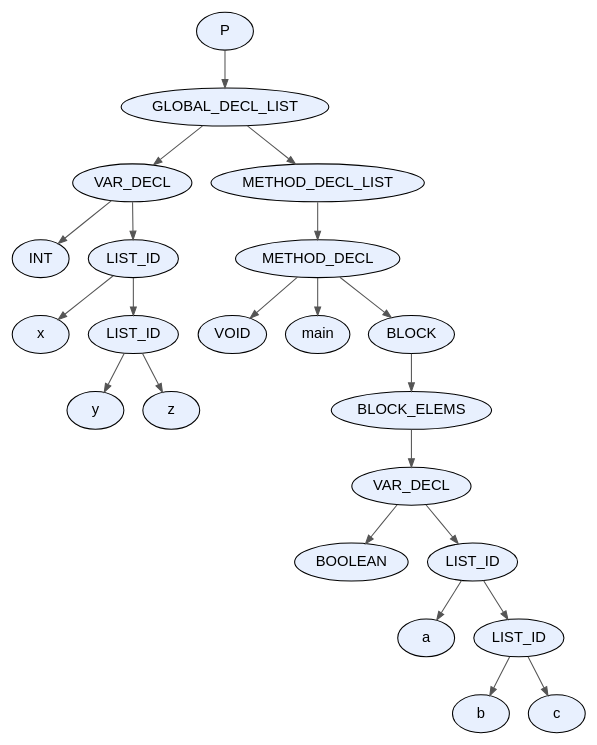
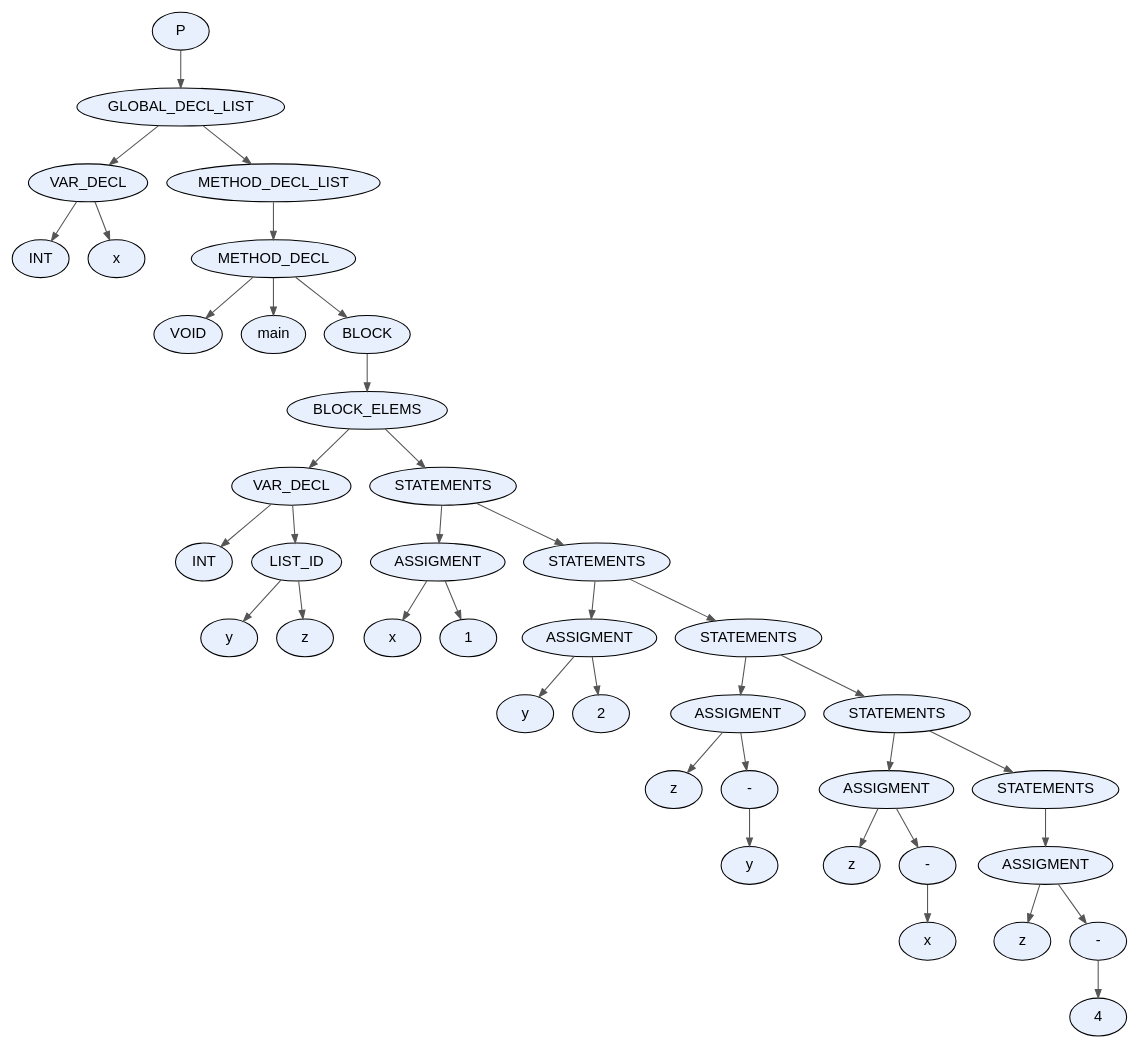
One commit to facundo-dario-loser/TDS2026 changed the diagram in proyecto/dot_files/test29.dot. Above: the diagram before and after it, drawn with Graphviz. The commit also changed 28 other files, not shown here.

```diff
--- a/proyecto/dot_files/test29.dot
+++ b/proyecto/dot_files/test29.dot
@@ -1,47 +1,81 @@
 digraph AST {
   node [fontname="Arial"];
   edge [arrowsize=0.8, color="#555555"];
-  "node_0x59dc0e296170" [label="P", style=filled, fillcolor="#E8F0FE", shape=ellipse, style="rounded,filled"];
-  "node_0x59dc0e296170" -> "node_0x59dc0e296120";
-  "node_0x59dc0e296120" [label="GLOBAL_DECL_LIST", style=filled, fillcolor="#E8F0FE", shape=ellipse, style="rounded,filled"];
-  "node_0x59dc0e296120" -> "node_0x59dc0e295bc0";
-  "node_0x59dc0e295bc0" [label="VAR_DECL", style=filled, fillcolor="#E8F0FE", shape=ellipse, style="rounded,filled"];
-  "node_0x59dc0e295bc0" -> "node_0x59dc0e295920";
-  "node_0x59dc0e295920" [label="INT", style=filled, fillcolor="#E8F0FE", shape=ellipse, style="rounded,filled"];
-  "node_0x59dc0e295bc0" -> "node_0x59dc0e295b70";
-  "node_0x59dc0e295b70" [label="LIST_ID", style=filled, fillcolor="#E8F0FE", shape=ellipse, style="rounded,filled"];
-  "node_0x59dc0e295b70" -> "node_0x59dc0e295b00";
-  "node_0x59dc0e295b00" [label="x", style=filled, fillcolor="#E8F0FE", shape=ellipse, style="rounded,filled"];
-  "node_0x59dc0e295b70" -> "node_0x59dc0e295ab0";
-  "node_0x59dc0e295ab0" [label="LIST_ID", style=filled, fillcolor="#E8F0FE", shape=ellipse, style="rounded,filled"];
-  "node_0x59dc0e295ab0" -> "node_0x59dc0e295a40";
-  "node_0x59dc0e295a40" [label="y", style=filled, fillcolor="#E8F0FE", shape=ellipse, style="rounded,filled"];
-  "node_0x59dc0e295ab0" -> "node_0x59dc0e2959d0";
-  "node_0x59dc0e2959d0" [label="z", style=filled, fillcolor="#E8F0FE", shape=ellipse, style="rounded,filled"];
-  "node_0x59dc0e296120" -> "node_0x59dc0e2960d0";
-  "node_0x59dc0e2960d0" [label="METHOD_DECL_LIST", style=filled, fillcolor="#E8F0FE", shape=ellipse, style="rounded,filled"];
-  "node_0x59dc0e2960d0" -> "node_0x59dc0e296080";
-  "node_0x59dc0e296080" [label="METHOD_DECL", style=filled, fillcolor="#E8F0FE", shape=ellipse, style="rounded,filled"];
-  "node_0x59dc0e296080" -> "node_0x59dc0e295fc0";
-  "node_0x59dc0e295fc0" [label="VOID", style=filled, fillcolor="#E8F0FE", shape=ellipse, style="rounded,filled"];
-  "node_0x59dc0e296080" -> "node_0x59dc0e296010";
-  "node_0x59dc0e296010" [label="main", style=filled, fillcolor="#E8F0FE", shape=ellipse, style="rounded,filled"];
-  "node_0x59dc0e296080" -> "node_0x59dc0e295f70";
-  "node_0x59dc0e295f70" [label="BLOCK", style=filled, fillcolor="#E8F0FE", shape=ellipse, style="rounded,filled"];
-  "node_0x59dc0e295f70" -> "node_0x59dc0e295f20";
-  "node_0x59dc0e295f20" [label="BLOCK_ELEMS", style=filled, fillcolor="#E8F0FE", shape=ellipse, style="rounded,filled"];
-  "node_0x59dc0e295f20" -> "node_0x59dc0e295ed0";
-  "node_0x59dc0e295ed0" [label="VAR_DECL", style=filled, fillcolor="#E8F0FE", shape=ellipse, style="rounded,filled"];
-  "node_0x59dc0e295ed0" -> "node_0x59dc0e295c30";
-  "node_0x59dc0e295c30" [label="BOOLEAN", style=filled, fillcolor="#E8F0FE", shape=ellipse, style="rounded,filled"];
-  "node_0x59dc0e295ed0" -> "node_0x59dc0e295e80";
-  "node_0x59dc0e295e80" [label="LIST_ID", style=filled, fillcolor="#E8F0FE", shape=ellipse, style="rounded,filled"];
-  "node_0x59dc0e295e80" -> "node_0x59dc0e295e10";
-  "node_0x59dc0e295e10" [label="a", style=filled, fillcolor="#E8F0FE", shape=ellipse, style="rounded,filled"];
-  "node_0x59dc0e295e80" -> "node_0x59dc0e295dc0";
-  "node_0x59dc0e295dc0" [label="LIST_ID", style=filled, fillcolor="#E8F0FE", shape=ellipse, style="rounded,filled"];
-  "node_0x59dc0e295dc0" -> "node_0x59dc0e295d50";
-  "node_0x59dc0e295d50" [label="b", style=filled, fillcolor="#E8F0FE", shape=ellipse, style="rounded,filled"];
-  "node_0x59dc0e295dc0" -> "node_0x59dc0e295ce0";
-  "node_0x59dc0e295ce0" [label="c", style=filled, fillcolor="#E8F0FE", shape=ellipse, style="rounded,filled"];
+  "node_0x623cb39d57c0" [label="P", style=filled, fillcolor="#E8F0FE", shape=ellipse, style="rounded,filled"];
+  "node_0x623cb39d57c0" -> "node_0x623cb39d5770";
+  "node_0x623cb39d5770" [label="GLOBAL_DECL_LIST", style=filled, fillcolor="#E8F0FE", shape=ellipse, style="rounded,filled"];
+  "node_0x623cb39d5770" -> "node_0x623cb39d4a00";
+  "node_0x623cb39d4a00" [label="VAR_DECL", style=filled, fillcolor="#E8F0FE", shape=ellipse, style="rounded,filled"];
+  "node_0x623cb39d4a00" -> "node_0x623cb39d4920";
+  "node_0x623cb39d4920" [label="INT", style=filled, fillcolor="#E8F0FE", shape=ellipse, style="rounded,filled"];
+  "node_0x623cb39d4a00" -> "node_0x623cb39d4990";
+  "node_0x623cb39d4990" [label="x", style=filled, fillcolor="#E8F0FE", shape=ellipse, style="rounded,filled"];
+  "node_0x623cb39d5770" -> "node_0x623cb39d5720";
+  "node_0x623cb39d5720" [label="METHOD_DECL_LIST", style=filled, fillcolor="#E8F0FE", shape=ellipse, style="rounded,filled"];
+  "node_0x623cb39d5720" -> "node_0x623cb39d56d0";
+  "node_0x623cb39d56d0" [label="METHOD_DECL", style=filled, fillcolor="#E8F0FE", shape=ellipse, style="rounded,filled"];
+  "node_0x623cb39d56d0" -> "node_0x623cb39d5610";
+  "node_0x623cb39d5610" [label="VOID", style=filled, fillcolor="#E8F0FE", shape=ellipse, style="rounded,filled"];
+  "node_0x623cb39d56d0" -> "node_0x623cb39d5660";
+  "node_0x623cb39d5660" [label="main", style=filled, fillcolor="#E8F0FE", shape=ellipse, style="rounded,filled"];
+  "node_0x623cb39d56d0" -> "node_0x623cb39d55c0";
+  "node_0x623cb39d55c0" [label="BLOCK", style=filled, fillcolor="#E8F0FE", shape=ellipse, style="rounded,filled"];
+  "node_0x623cb39d55c0" -> "node_0x623cb39d5570";
+  "node_0x623cb39d5570" [label="BLOCK_ELEMS", style=filled, fillcolor="#E8F0FE", shape=ellipse, style="rounded,filled"];
+  "node_0x623cb39d5570" -> "node_0x623cb39d4c30";
+  "node_0x623cb39d4c30" [label="VAR_DECL", style=filled, fillcolor="#E8F0FE", shape=ellipse, style="rounded,filled"];
+  "node_0x623cb39d4c30" -> "node_0x623cb39d4a70";
+  "node_0x623cb39d4a70" [label="INT", style=filled, fillcolor="#E8F0FE", shape=ellipse, style="rounded,filled"];
+  "node_0x623cb39d4c30" -> "node_0x623cb39d4be0";
+  "node_0x623cb39d4be0" [label="LIST_ID", style=filled, fillcolor="#E8F0FE", shape=ellipse, style="rounded,filled"];
+  "node_0x623cb39d4be0" -> "node_0x623cb39d4b70";
+  "node_0x623cb39d4b70" [label="y", style=filled, fillcolor="#E8F0FE", shape=ellipse, style="rounded,filled"];
+  "node_0x623cb39d4be0" -> "node_0x623cb39d4b00";
+  "node_0x623cb39d4b00" [label="z", style=filled, fillcolor="#E8F0FE", shape=ellipse, style="rounded,filled"];
+  "node_0x623cb39d5570" -> "node_0x623cb39d5520";
+  "node_0x623cb39d5520" [label="STATEMENTS", style=filled, fillcolor="#E8F0FE", shape=ellipse, style="rounded,filled"];
+  "node_0x623cb39d5520" -> "node_0x623cb39d4d60";
+  "node_0x623cb39d4d60" [label="ASSIGMENT", style=filled, fillcolor="#E8F0FE", shape=ellipse, style="rounded,filled"];
+  "node_0x623cb39d4d60" -> "node_0x623cb39d4cf0";
+  "node_0x623cb39d4cf0" [label="x", style=filled, fillcolor="#E8F0FE", shape=ellipse, style="rounded,filled"];
+  "node_0x623cb39d4d60" -> "node_0x623cb39d4ca0";
+  "node_0x623cb39d4ca0" [label="1", style=filled, fillcolor="#E8F0FE", shape=ellipse, style="rounded,filled"];
+  "node_0x623cb39d5520" -> "node_0x623cb39d54d0";
+  "node_0x623cb39d54d0" [label="STATEMENTS", style=filled, fillcolor="#E8F0FE", shape=ellipse, style="rounded,filled"];
+  "node_0x623cb39d54d0" -> "node_0x623cb39d4e90";
+  "node_0x623cb39d4e90" [label="ASSIGMENT", style=filled, fillcolor="#E8F0FE", shape=ellipse, style="rounded,filled"];
+  "node_0x623cb39d4e90" -> "node_0x623cb39d4e20";
+  "node_0x623cb39d4e20" [label="y", style=filled, fillcolor="#E8F0FE", shape=ellipse, style="rounded,filled"];
+  "node_0x623cb39d4e90" -> "node_0x623cb39d4dd0";
+  "node_0x623cb39d4dd0" [label="2", style=filled, fillcolor="#E8F0FE", shape=ellipse, style="rounded,filled"];
+  "node_0x623cb39d54d0" -> "node_0x623cb39d5480";
+  "node_0x623cb39d5480" [label="STATEMENTS", style=filled, fillcolor="#E8F0FE", shape=ellipse, style="rounded,filled"];
+  "node_0x623cb39d5480" -> "node_0x623cb39d5050";
+  "node_0x623cb39d5050" [label="ASSIGMENT", style=filled, fillcolor="#E8F0FE", shape=ellipse, style="rounded,filled"];
+  "node_0x623cb39d5050" -> "node_0x623cb39d4fe0";
+  "node_0x623cb39d4fe0" [label="z", style=filled, fillcolor="#E8F0FE", shape=ellipse, style="rounded,filled"];
+  "node_0x623cb39d5050" -> "node_0x623cb39d4f90";
+  "node_0x623cb39d4f90" [label="-", style=filled, fillcolor="#E8F0FE", shape=ellipse, style="rounded,filled"];
+  "node_0x623cb39d4f90" -> "node_0x623cb39d4f20";
+  "node_0x623cb39d4f20" [label="y", style=filled, fillcolor="#E8F0FE", shape=ellipse, style="rounded,filled"];
+  "node_0x623cb39d5480" -> "node_0x623cb39d5430";
+  "node_0x623cb39d5430" [label="STATEMENTS", style=filled, fillcolor="#E8F0FE", shape=ellipse, style="rounded,filled"];
+  "node_0x623cb39d5430" -> "node_0x623cb39d5210";
+  "node_0x623cb39d5210" [label="ASSIGMENT", style=filled, fillcolor="#E8F0FE", shape=ellipse, style="rounded,filled"];
+  "node_0x623cb39d5210" -> "node_0x623cb39d51a0";
+  "node_0x623cb39d51a0" [label="z", style=filled, fillcolor="#E8F0FE", shape=ellipse, style="rounded,filled"];
+  "node_0x623cb39d5210" -> "node_0x623cb39d5150";
+  "node_0x623cb39d5150" [label="-", style=filled, fillcolor="#E8F0FE", shape=ellipse, style="rounded,filled"];
+  "node_0x623cb39d5150" -> "node_0x623cb39d50e0";
+  "node_0x623cb39d50e0" [label="x", style=filled, fillcolor="#E8F0FE", shape=ellipse, style="rounded,filled"];
+  "node_0x623cb39d5430" -> "node_0x623cb39d53e0";
+  "node_0x623cb39d53e0" [label="STATEMENTS", style=filled, fillcolor="#E8F0FE", shape=ellipse, style="rounded,filled"];
+  "node_0x623cb39d53e0" -> "node_0x623cb39d5390";
+  "node_0x623cb39d5390" [label="ASSIGMENT", style=filled, fillcolor="#E8F0FE", shape=ellipse, style="rounded,filled"];
+  "node_0x623cb39d5390" -> "node_0x623cb39d5320";
+  "node_0x623cb39d5320" [label="z", style=filled, fillcolor="#E8F0FE", shape=ellipse, style="rounded,filled"];
+  "node_0x623cb39d5390" -> "node_0x623cb39d52d0";
+  "node_0x623cb39d52d0" [label="-", style=filled, fillcolor="#E8F0FE", shape=ellipse, style="rounded,filled"];
+  "node_0x623cb39d52d0" -> "node_0x623cb39d5280";
+  "node_0x623cb39d5280" [label="4", style=filled, fillcolor="#E8F0FE", shape=ellipse, style="rounded,filled"];
 }
```
